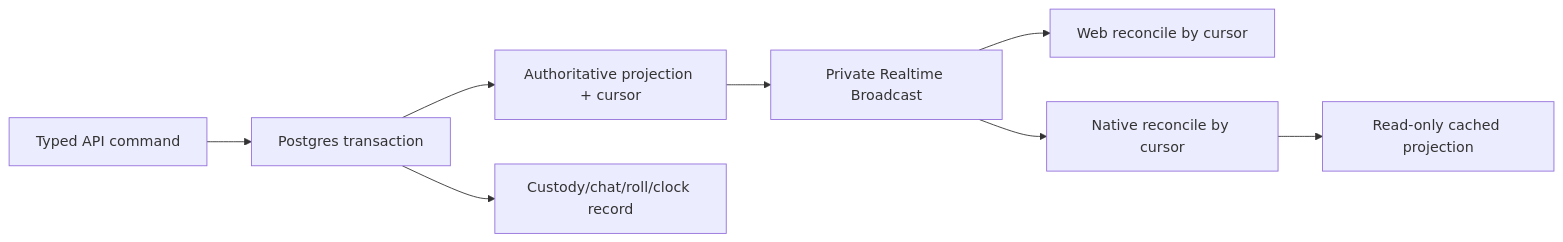
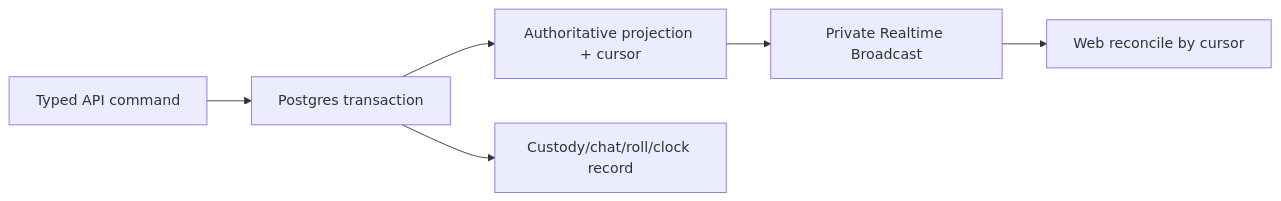
The diagram in docs/roadmap/05-live-campaign-play.md (MPiland/artificer-toolkit), drawn with Mermaid before and after one commit. The commit also changed other lines of this file and 17 other files, not shown here.

````diff
--- a/docs/roadmap/05-live-campaign-play.md
+++ b/docs/roadmap/05-live-campaign-play.md
@@ -66,10 +66,8 @@
 ```mermaid
 flowchart LR
   Command["Typed API command"] --> Tx["Postgres transaction"]
   Tx --> Projection["Authoritative projection + cursor"]
   Tx --> Audit["Custody/chat/roll/clock record"]
   Projection --> Broadcast["Private Realtime Broadcast"]
   Broadcast --> Web["Web reconcile by cursor"]
-  Broadcast --> Mobile["Native reconcile by cursor"]
-  Mobile --> SQLite["Read-only cached projection"]
 ```
````
